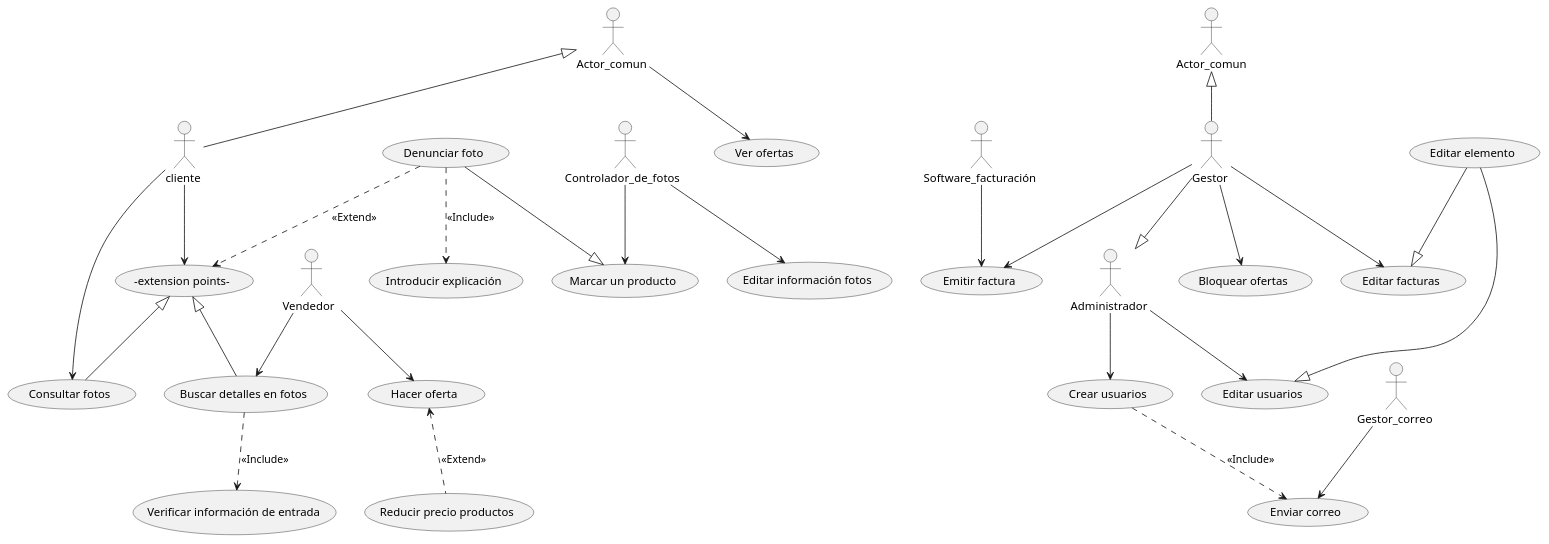
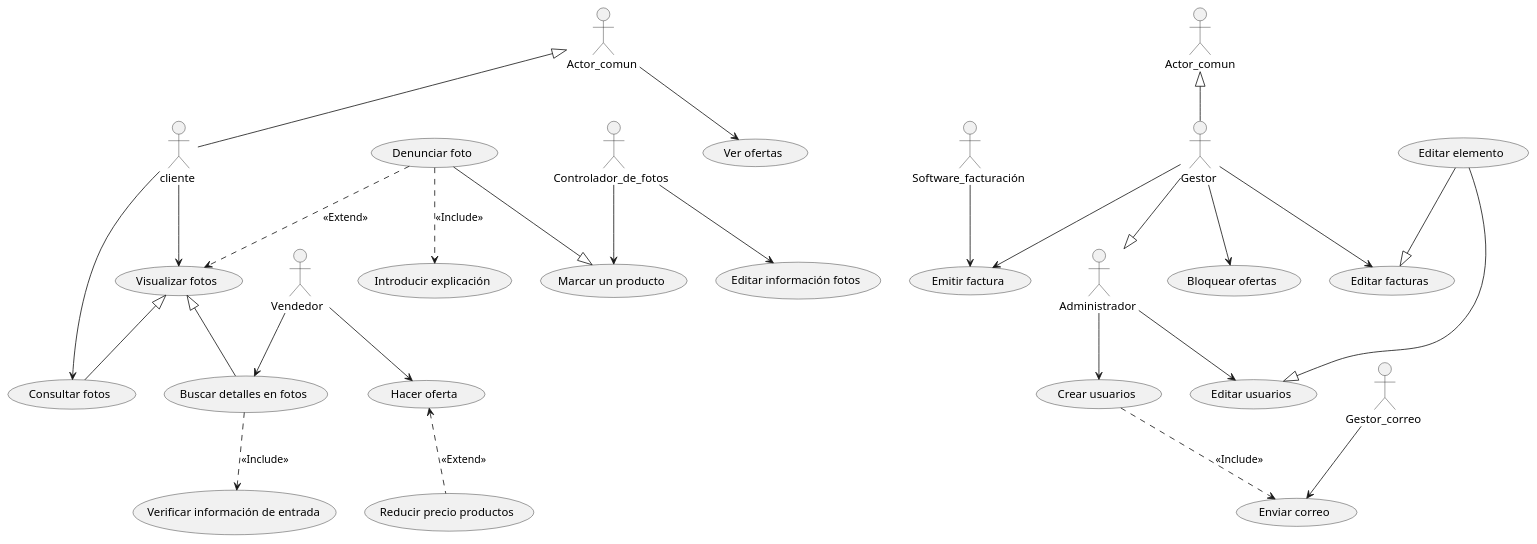
The diagram in lab0/pumls/supuesto4.puml (javimlopez/INRE-UAL-Azul-2022), drawn with PlantUML before and after one commit.

Commit message:
Update supuesto4.puml
arreglo

```diff
--- a/lab0/pumls/supuesto4.puml
+++ b/lab0/pumls/supuesto4.puml
@@ -2,30 +2,30 @@
 @startuml
 :cliente :--> (Visualizar fotos)  
  (Visualizar fotos)  <|-- (Consultar fotos)
  (Visualizar fotos)  <|-- (Buscar detalles en fotos)
  :cliente : -->   (Consultar fotos)
  :Controlador_de_fotos  :-->   (Marcar un producto)
  :Controlador_de_fotos  :-->   (Editar información fotos)
  :Vendedor  :--> (Buscar detalles en fotos)
  :Vendedor  :-->  (Hacer oferta)
  :Actor_comun :-->  (Ver ofertas)
  :Actor_comun : <|-- :cliente :
   :Actor_comun: <|-- :Gestor :
  :Gestor :--> (Emitir factura)
   :Gestor :--> (Bloquear ofertas)
    :Gestor :--> (Editar facturas)
    :Gestor :--|> :Administrador :
  :Administrador : --> (Editar usuarios)
 :Administrador : -->  (Crear usuarios)
  :Software_facturación :--> (Emitir factura)
  :Gestor_correo : -->  (Enviar correo)
  (Denunciar foto)--|>   (Marcar un producto)
  (Denunciar foto)--> (Visualizar fotos)#line.dashed;text:black : <<Extend>>
  (Denunciar foto)-->  (Introducir explicación)#line.dashed;text:black : <<Include>>
  (Buscar detalles en fotos) -->   (Verificar información de entrada)#line.dashed;text:black : <<Include>>
  (Editar elemento) --|> (Editar usuarios)
  (Editar elemento) --|> (Editar facturas) 
  (Crear usuarios) -->(Enviar correo)#line.dashed;text:black :  <<Include>>
  (Hacer oferta) <--(Reducir precio productos)#line.dashed;text:black : <<Extend>>
-(Visualizar fotos) as "-extension points-"
+(Visualizar fotos)
 @enduml
```
